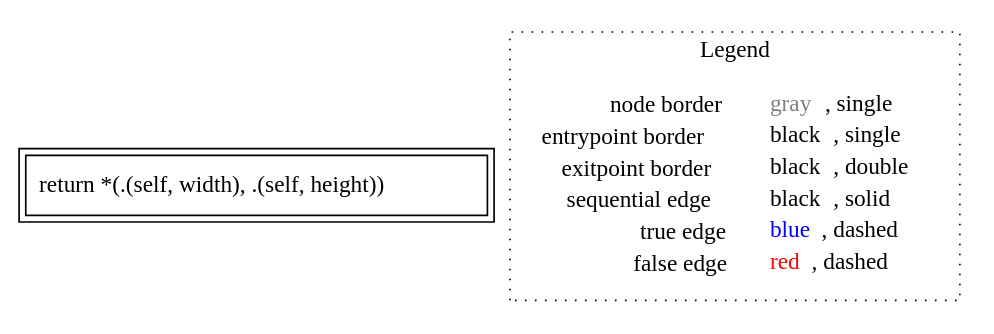
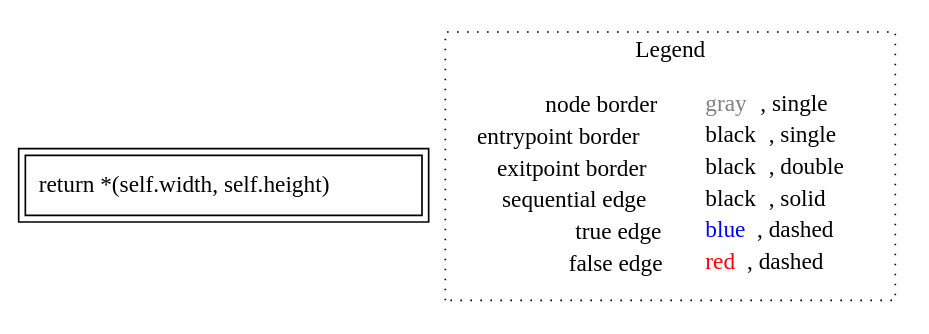
One commit to VincenzoArceri/rust-lisa changed the diagram in rust-lisa/rust-testcases/cfg/rectangle/usize_Rect.area().dot. Above: the diagram before and after it, drawn with Graphviz. The commit also changed 3 other files, not shown here.

```diff
--- a/rust-lisa/rust-testcases/cfg/rectangle/usize_Rect.area().dot
+++ b/rust-lisa/rust-testcases/cfg/rectangle/usize_Rect.area().dot
@@ -1,10 +1,10 @@
 digraph {
-	"node0" [shape="rect",color="black",peripheries="2",label=<return *(.(self, width), .(self, height))>];
+	"node0" [shape="rect",color="black",peripheries="2",label=<return *(self.width, self.height)>];
 subgraph cluster_legend {
 	label="Legend";
 	style=dotted;
 	node [shape=plaintext];
 	"legend" [label=<<table border="0" cellpadding="2" cellspacing="0" cellborder="0"><tr><td align="right">node border&nbsp;</td><td align="left"><font color="gray">gray</font>, single</td></tr><tr><td align="right">entrypoint border&nbsp;</td><td align="left"><font color="black">black</font>, single</td></tr><tr><td align="right">exitpoint border&nbsp;</td><td align="left"><font color="black">black</font>, double</td></tr><tr><td align="right">sequential edge&nbsp;</td><td align="left"><font color="black">black</font>, solid</td></tr><tr><td align="right">true edge&nbsp;</td><td align="left"><font color="blue">blue</font>, dashed</td></tr><tr><td align="right">false edge&nbsp;</td><td align="left"><font color="red">red</font>, dashed</td></tr></table>>];
 }
 
 }
```
